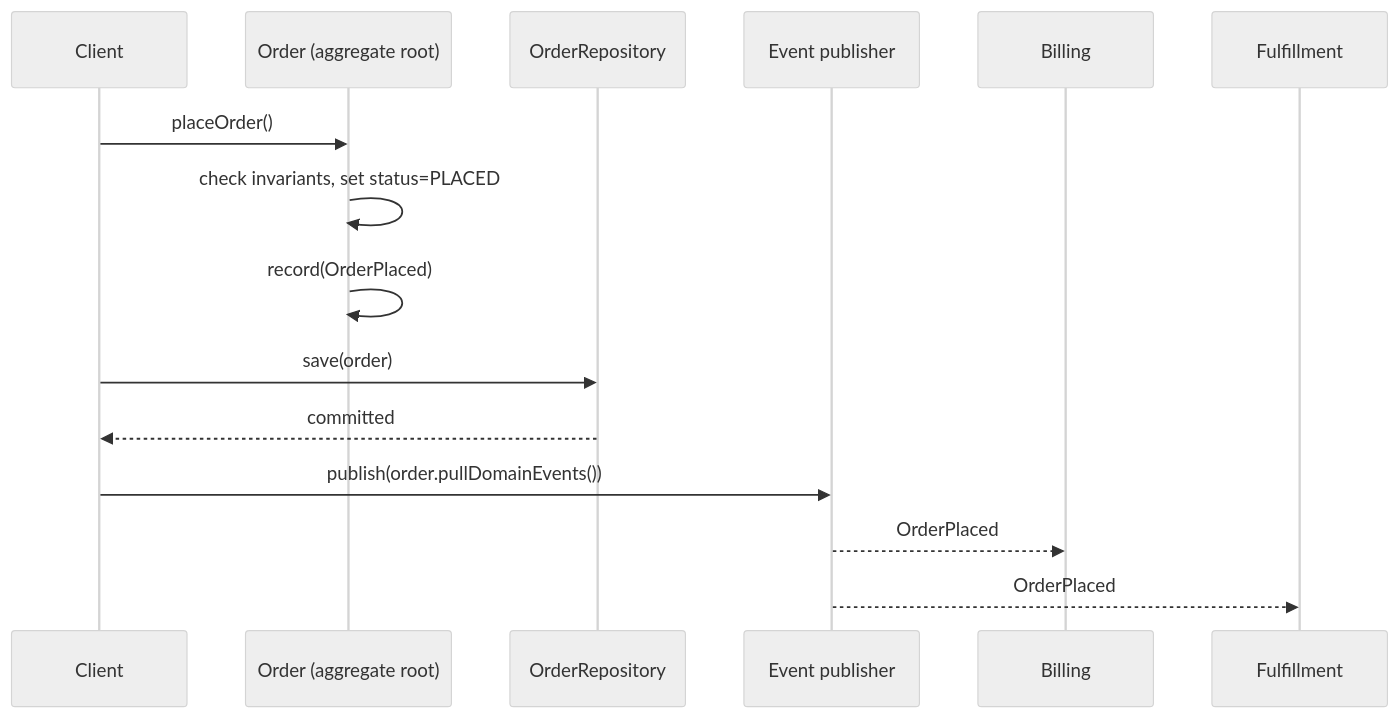
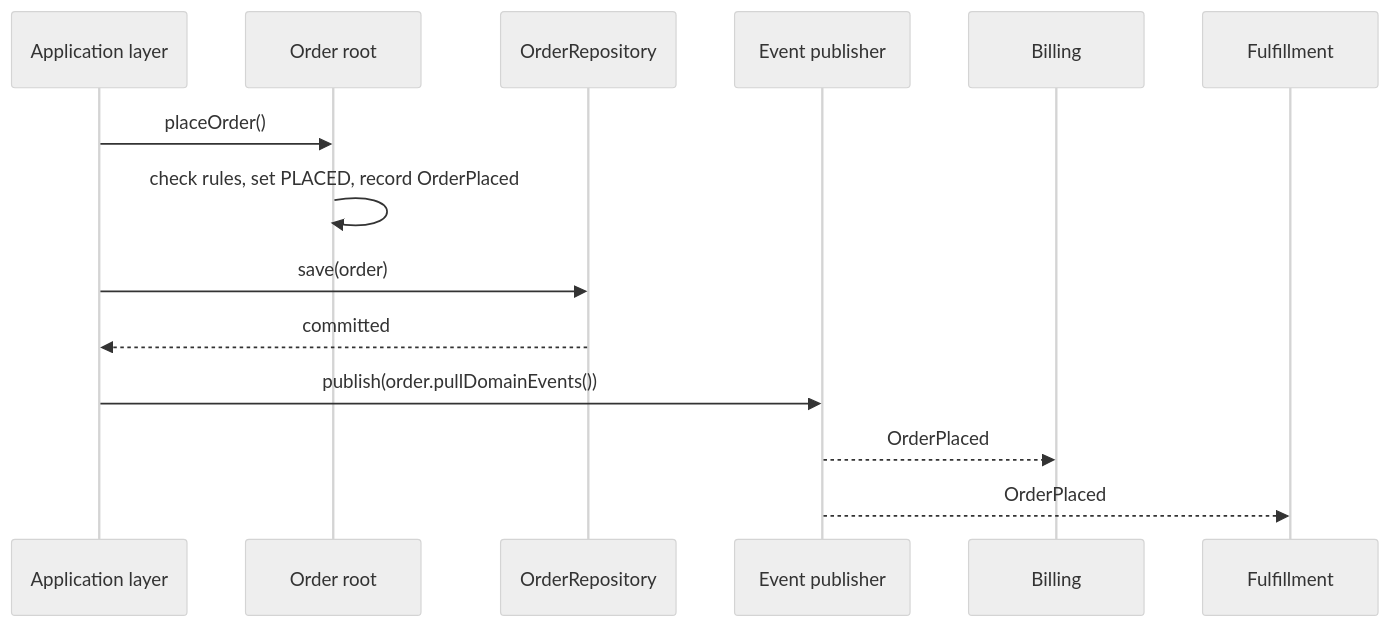
The second of 3 diagrams in src/content/architecture/domain-driven-design/L2-concept.mdx (francoandreDev/knowledge), drawn with Mermaid (neutral theme) before and after one commit. The commit also changed other lines of this file and 16 other files, not shown here.

Commit message:
Migrate software-design closing units and architecture batch 1 (evolutionary-design, long-term-design-judgment, architecture-styles, domain-driven-design) to the three-tier exercise model

````diff
--- a/src/content/architecture/domain-driven-design/L2-concept.mdx
+++ b/src/content/architecture/domain-driven-design/L2-concept.mdx
@@ -196,15 +94,14 @@
 ```mermaid
 sequenceDiagram
-    participant Client
-    participant Order as Order (aggregate root)
+    participant App as Application layer
+    participant Order as Order root
     participant Repo as OrderRepository
     participant Bus as Event publisher
-    Client->>Order: placeOrder()
-    Order->>Order: check invariants, set status=PLACED
-    Order->>Order: record(OrderPlaced)
-    Client->>Repo: save(order)
-    Repo-->>Client: committed
-    Client->>Bus: publish(order.pullDomainEvents())
+    App->>Order: placeOrder()
+    Order->>Order: check rules, set PLACED, record OrderPlaced
+    App->>Repo: save(order)
+    Repo-->>App: committed
+    App->>Bus: publish(order.pullDomainEvents())
     Bus-->>Billing: OrderPlaced
     Bus-->>Fulfillment: OrderPlaced
 ```
````
